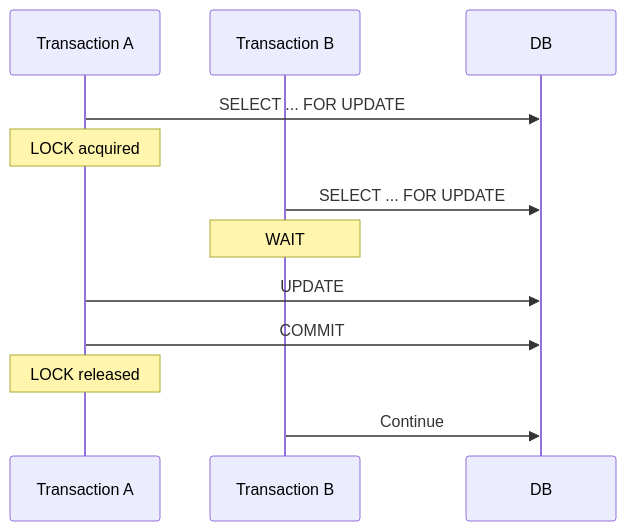
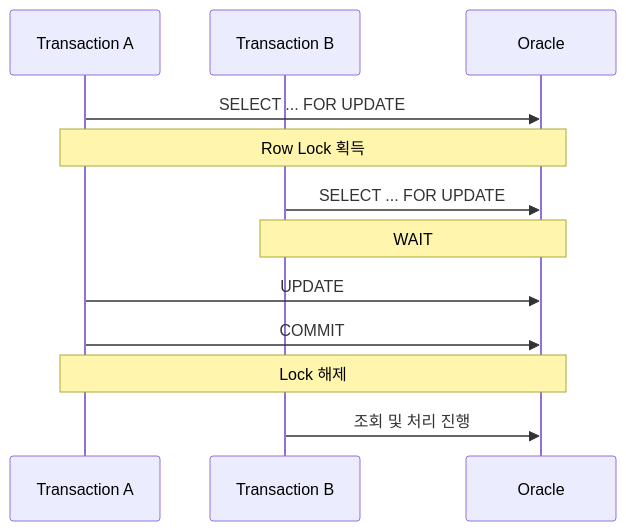
One commit to jw3418/jw3418.github.io changed the third of 3 diagrams in _posts/2026-08-12-optimistic-pessimistic-lock.md. Above: the diagram before and after it, drawn with Mermaid. The commit also changed other lines of this file, not shown here.

````diff
--- a/_posts/2026-08-12-optimistic-pessimistic-lock.md
+++ b/_posts/2026-08-12-optimistic-pessimistic-lock.md
@@ -248,13 +456,18 @@
 ```mermaid
 sequenceDiagram
   participant A as Transaction A
   participant B as Transaction B
+  participant DB as Oracle
+
   A->>DB: SELECT ... FOR UPDATE
-  Note over A: LOCK acquired
+  Note over A,DB: Row Lock 획득
+
   B->>DB: SELECT ... FOR UPDATE
-  Note over B: WAIT
+  Note over B,DB: WAIT
+
   A->>DB: UPDATE
   A->>DB: COMMIT
-  Note over A: LOCK released
-  B->>DB: Continue
+
+  Note over A,DB: Lock 해제
+  B->>DB: 조회 및 처리 진행
 ```
````
